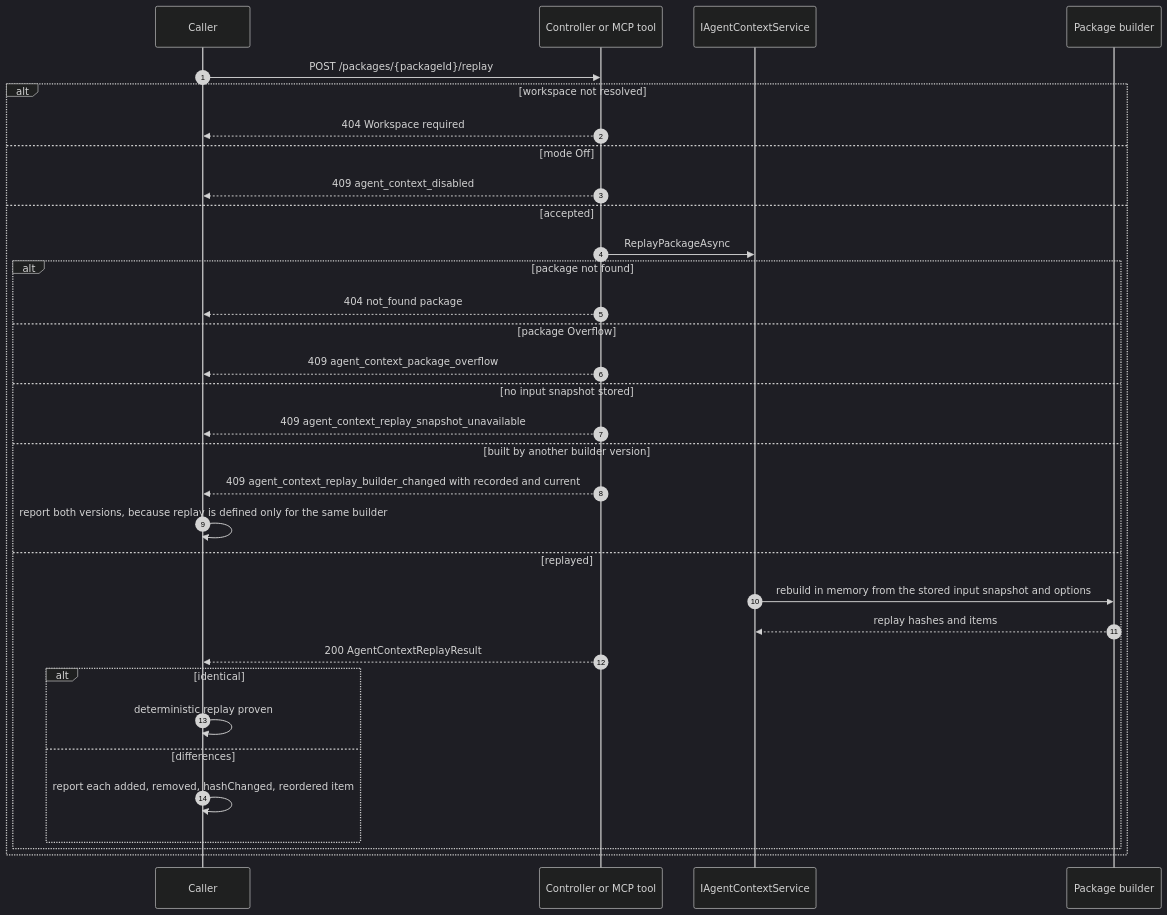
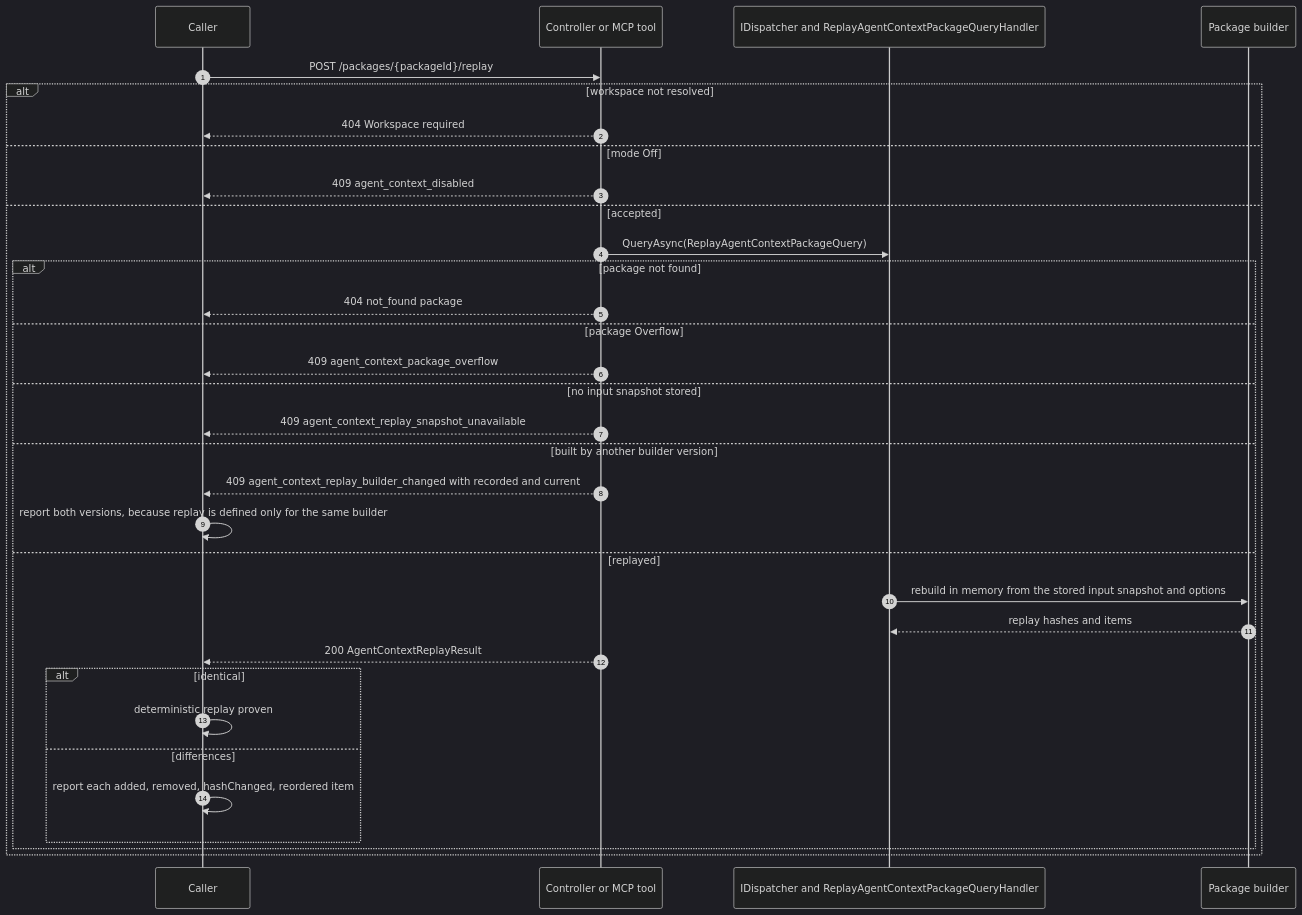
Before and after one commit to sharpninja/McpServer: diagram 31 of 59 in docs/Stateless-Agent-Context-Management.md, drawn with Mermaid (dark theme). The commit also changed other lines of this file and 2 other files, not shown here.

````diff
--- a/docs/Stateless-Agent-Context-Management.md
+++ b/docs/Stateless-Agent-Context-Management.md
@@ -1089,35 +1106,35 @@
 ```mermaid
 sequenceDiagram
     autonumber
     participant Caller
     participant API as Controller or MCP tool
-    participant SVC as IAgentContextService
+    participant SVC as IDispatcher and ReplayAgentContextPackageQueryHandler
     participant B as Package builder
     Caller->>API: POST /packages/{packageId}/replay
     alt workspace not resolved
         API-->>Caller: 404 Workspace required
     else mode Off
         API-->>Caller: 409 agent_context_disabled
     else accepted
-        API->>SVC: ReplayPackageAsync
+        API->>SVC: QueryAsync(ReplayAgentContextPackageQuery)
         alt package not found
             API-->>Caller: 404 not_found package
         else package Overflow
             API-->>Caller: 409 agent_context_package_overflow
         else no input snapshot stored
             API-->>Caller: 409 agent_context_replay_snapshot_unavailable
         else built by another builder version
             API-->>Caller: 409 agent_context_replay_builder_changed with recorded and current
             Caller->>Caller: report both versions, because replay is defined only for the same builder
         else replayed
             SVC->>B: rebuild in memory from the stored input snapshot and options
             B-->>SVC: replay hashes and items
             API-->>Caller: 200 AgentContextReplayResult
             alt identical
                 Caller->>Caller: deterministic replay proven
             else differences
                 Caller->>Caller: report each added, removed, hashChanged, reordered item
             end
         end
     end
 ```
````
